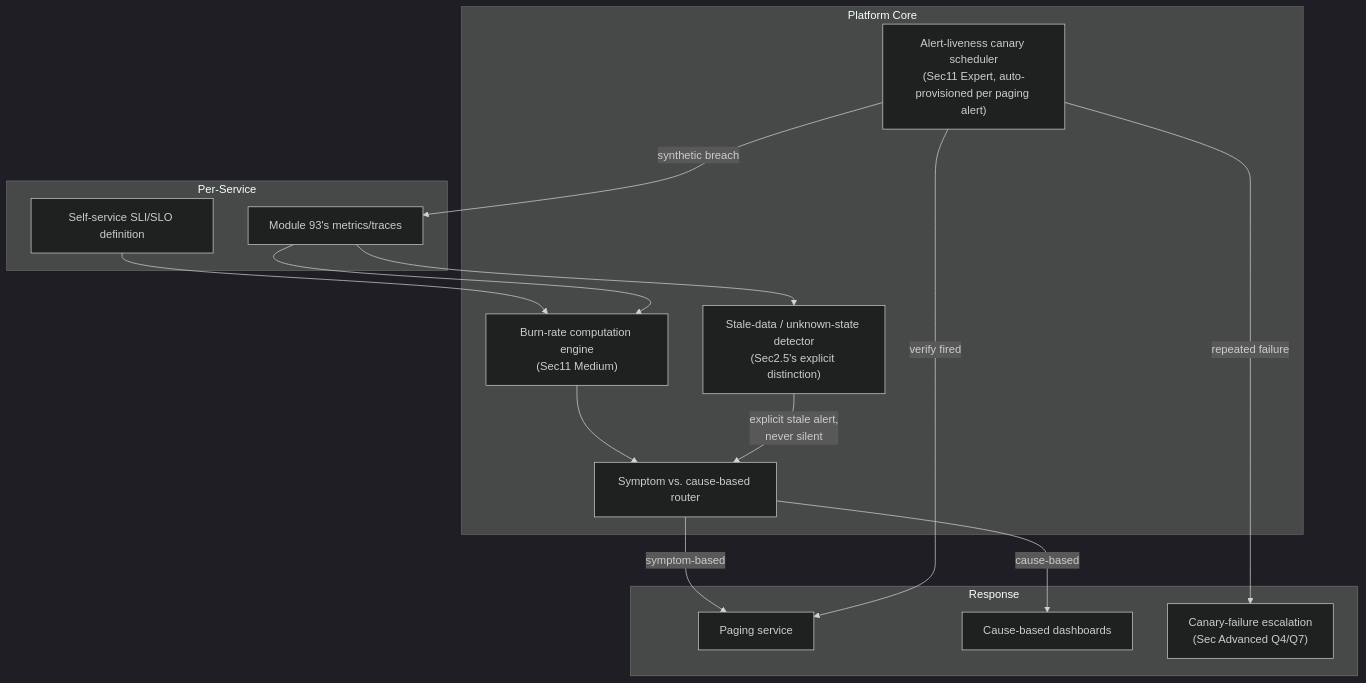
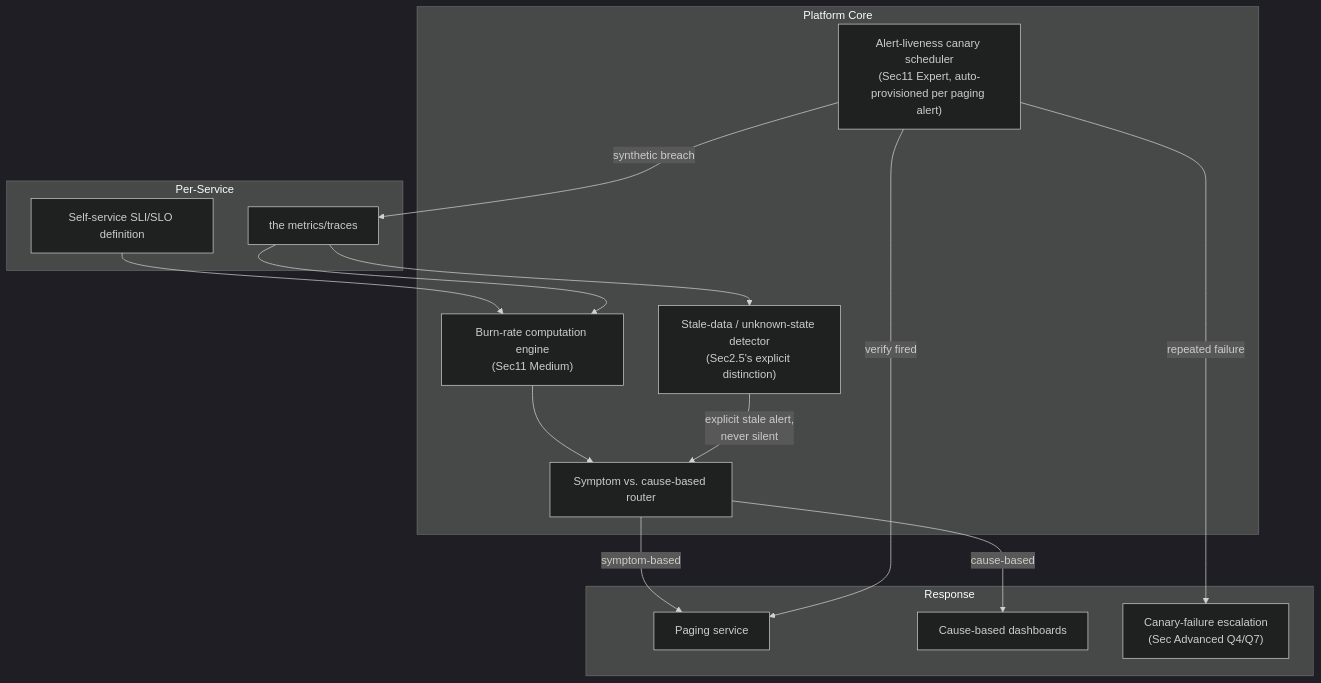
The second of 2 diagrams in 27-Observability/02-SLOs-SLIs-ErrorBudgets-AlertingDesign.md (umashankarp/InterviewQuestions), drawn with Mermaid (dark theme) before and after one commit. The commit also changed other lines of this file and 173 other files, not shown here.

````diff
--- a/27-Observability/02-SLOs-SLIs-ErrorBudgets-AlertingDesign.md
+++ b/27-Observability/02-SLOs-SLIs-ErrorBudgets-AlertingDesign.md
@@ -497,29 +497,29 @@
 ```mermaid
 graph TB
-    subgraph "Per-Service"
-        SLIDef["Self-service SLI/SLO definition"]
-        Telemetry["Module 93's metrics/traces"]
-    end
-    subgraph "Platform Core"
-        BurnRateEngine["Burn-rate computation engine<br/>(Sec11 Medium)"]
-        StaleDataDetector["Stale-data / unknown-state detector<br/>(Sec2.5's explicit distinction)"]
-        AlertRouter["Symptom vs. cause-based router"]
-        CanaryScheduler["Alert-liveness canary scheduler<br/>(Sec11 Expert, auto-provisioned per paging alert)"]
-    end
-    subgraph "Response"
-        PagingService["Paging service"]
-        Dashboard["Cause-based dashboards"]
-        Escalation["Canary-failure escalation<br/>(Sec Advanced Q4/Q7)"]
-    end
+ subgraph "Per-Service"
+ SLIDef["Self-service SLI/SLO definition"]
+ Telemetry["the metrics/traces"]
+ end
+ subgraph "Platform Core"
+ BurnRateEngine["Burn-rate computation engine<br/>(Sec11 Medium)"]
+ StaleDataDetector["Stale-data / unknown-state detector<br/>(Sec2.5's explicit distinction)"]
+ AlertRouter["Symptom vs. cause-based router"]
+ CanaryScheduler["Alert-liveness canary scheduler<br/>(Sec11 Expert, auto-provisioned per paging alert)"]
+ end
+ subgraph "Response"
+ PagingService["Paging service"]
+ Dashboard["Cause-based dashboards"]
+ Escalation["Canary-failure escalation<br/>(Sec Advanced Q4/Q7)"]
+ end
 
-    SLIDef --> BurnRateEngine
-    Telemetry --> BurnRateEngine
-    Telemetry --> StaleDataDetector
-    BurnRateEngine --> AlertRouter
-    StaleDataDetector -->|explicit stale alert,<br/>never silent| AlertRouter
-    AlertRouter -->|symptom-based| PagingService
-    AlertRouter -->|cause-based| Dashboard
-    CanaryScheduler -->|synthetic breach| Telemetry
-    CanaryScheduler -->|verify fired| PagingService
-    CanaryScheduler -->|repeated failure| Escalation
+ SLIDef --> BurnRateEngine
+ Telemetry --> BurnRateEngine
+ Telemetry --> StaleDataDetector
+ BurnRateEngine --> AlertRouter
+ StaleDataDetector -->|explicit stale alert,<br/>never silent| AlertRouter
+ AlertRouter -->|symptom-based| PagingService
+ AlertRouter -->|cause-based| Dashboard
+ CanaryScheduler -->|synthetic breach| Telemetry
+ CanaryScheduler -->|verify fired| PagingService
+ CanaryScheduler -->|repeated failure| Escalation
 ```
````
